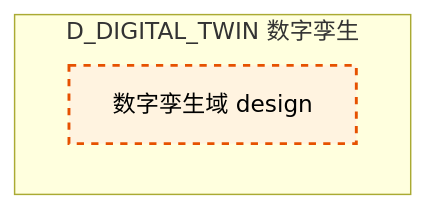
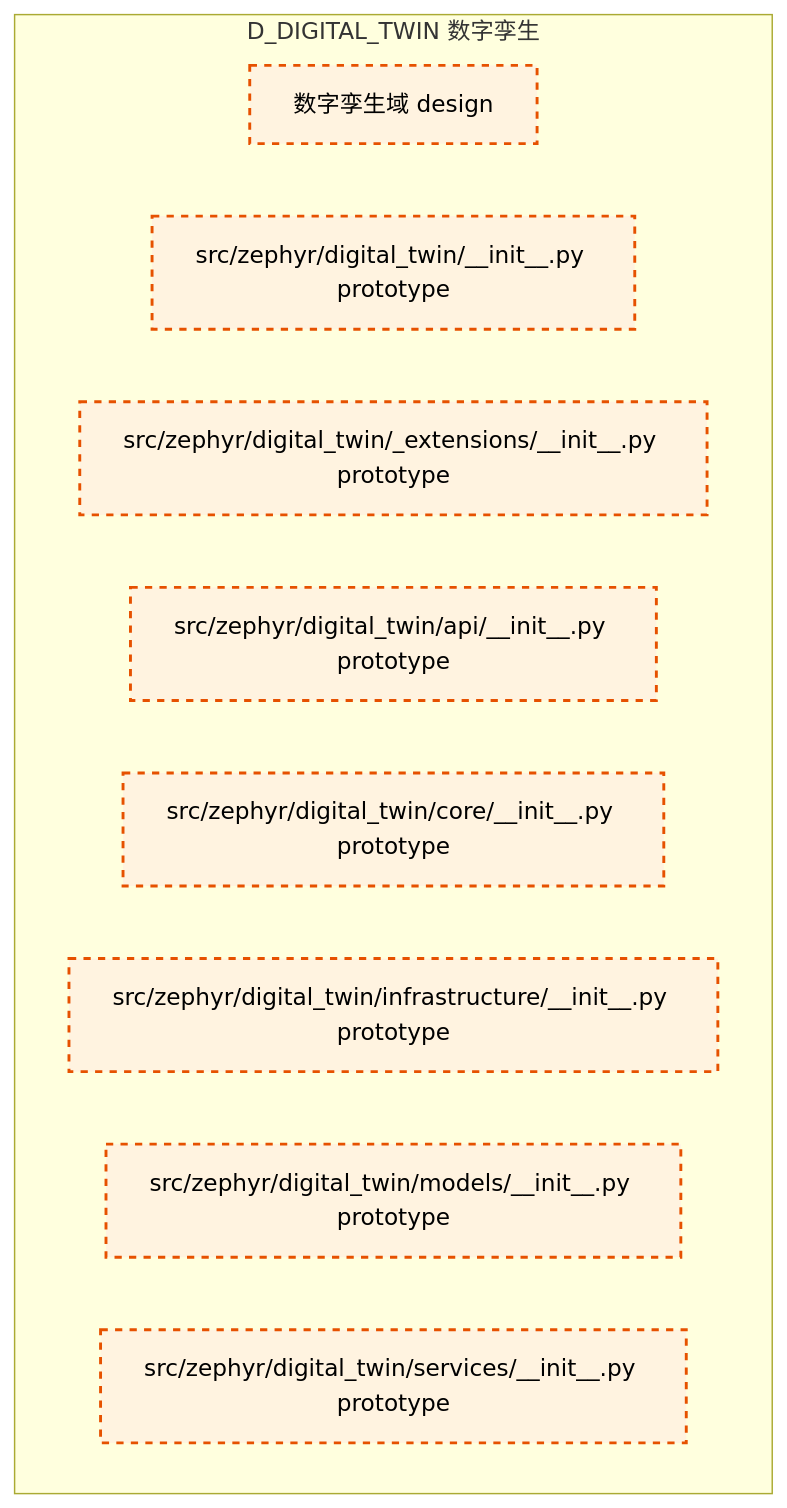
Before and after one commit to xuanFelixVan/ZephyrAlpha: the diagram in docs/02_enterprise_architecture/02_domain_architecture_docs/27_d_digital_twin.md, drawn with Mermaid. The commit also changed other lines of this file and 105 other files, not shown here.

````diff
--- a/docs/02_enterprise_architecture/02_domain_architecture_docs/27_d_digital_twin.md
+++ b/docs/02_enterprise_architecture/02_domain_architecture_docs/27_d_digital_twin.md
@@ -47,11 +47,18 @@
 ```mermaid
 graph TD
     subgraph D_DIGITAL_TWIN["D_DIGITAL_TWIN 数字孪生"]
         src_zephyr_digital_twin["数字孪生域 design"]
+        src_zephyr_digital_twin_init_py["src/zephyr/digital_twin/__init__.py prototype"]
+        src_zephyr_digital_twin_extensions_init_py["src/zephyr/digital_twin/_extensions/__init__.py prototype"]
+        src_zephyr_digital_twin_api_init_py["src/zephyr/digital_twin/api/__init__.py prototype"]
+        src_zephyr_digital_twin_core_init_py["src/zephyr/digital_twin/core/__init__.py prototype"]
+        src_zephyr_digital_twin_infrastructure_init_py["src/zephyr/digital_twin/infrastructure/__init__.py prototype"]
+        src_zephyr_digital_twin_models_init_py["src/zephyr/digital_twin/models/__init__.py prototype"]
+        src_zephyr_digital_twin_services_init_py["src/zephyr/digital_twin/services/__init__.py prototype"]
     end
     classDef production fill:#e1f5fe,stroke:#01579b,stroke-width:2px,color:#000
     classDef design fill:#fff3e0,stroke:#e65100,stroke-width:2px,color:#000,stroke-dasharray: 5 5
     classDef external_prod fill:#e8f5e9,stroke:#1b5e20,stroke-width:1px,color:#000
     classDef external_design fill:#fce4ec,stroke:#880e4f,stroke-width:1px,color:#000,stroke-dasharray: 5 5
-    class src_zephyr_digital_twin design
+    class src_zephyr_digital_twin,src_zephyr_digital_twin_init_py,src_zephyr_digital_twin_extensions_init_py,src_zephyr_digital_twin_api_init_py,src_zephyr_digital_twin_core_init_py,src_zephyr_digital_twin_infrastructure_init_py,src_zephyr_digital_twin_models_init_py,src_zephyr_digital_twin_services_init_py design
 ```
````
